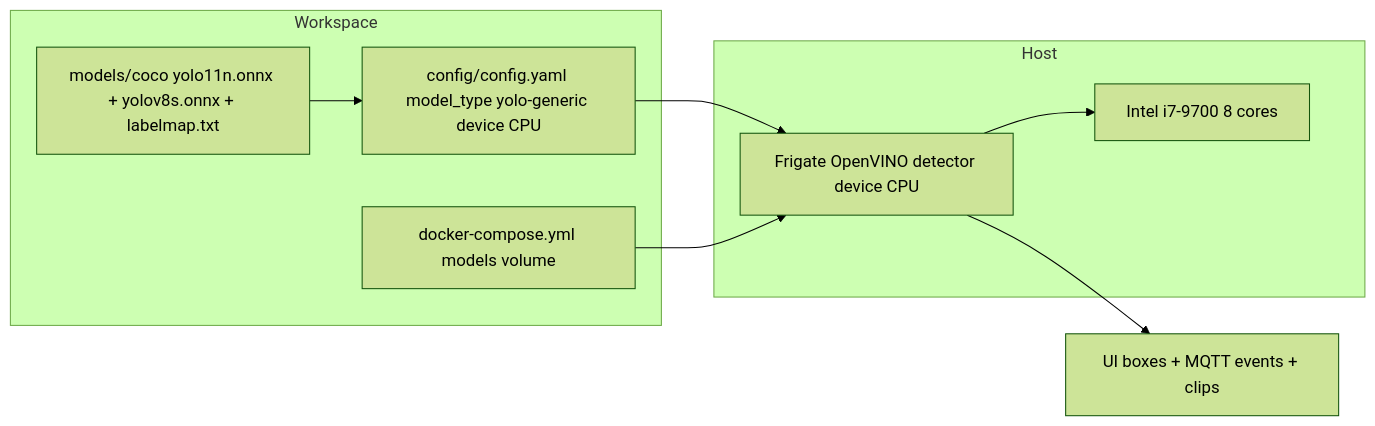
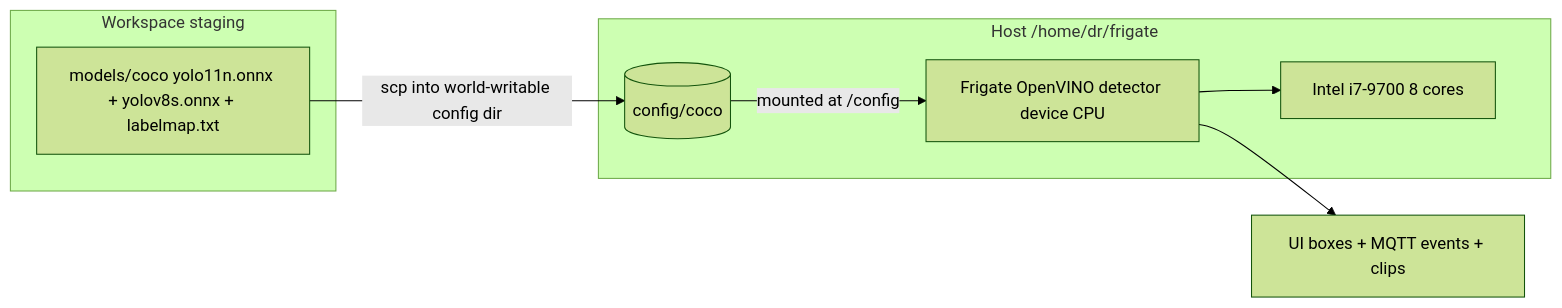
One commit to tabebqena/mazr3a changed the diagram in plans/replace-coco-with-yolo-on-igpu.md. Above: the diagram before and after it, drawn with Mermaid (forest theme). The commit also changed other lines of this file and 3 other files, not shown here.

First line of the commit message:
fix(coco-model): deploy model under world-writable config/coco, not /models

````diff
--- a/plans/replace-coco-with-yolo-on-igpu.md
+++ b/plans/replace-coco-with-yolo-on-igpu.md
@@ -51,15 +51,14 @@
 ```mermaid
 flowchart LR
-    subgraph Workspace
+    subgraph Workspace staging
         M[models/coco yolo11n.onnx + yolov8s.onnx + labelmap.txt]
-        C[config/config.yaml model_type yolo-generic device CPU]
-        D[docker-compose.yml models volume]
     end
-    subgraph Host
+    subgraph Host /home/dr/frigate
+        H[(config/coco)] 
         F[Frigate OpenVINO detector device CPU]
         P[Intel i7-9700 8 cores]
     end
-    M --> C --> F --> P
-    D --> F
+    M -->|scp into world-writable config dir| H
+    H -->|mounted at /config| F --> P
     F --> E[UI boxes + MQTT events + clips]
 ```
````
